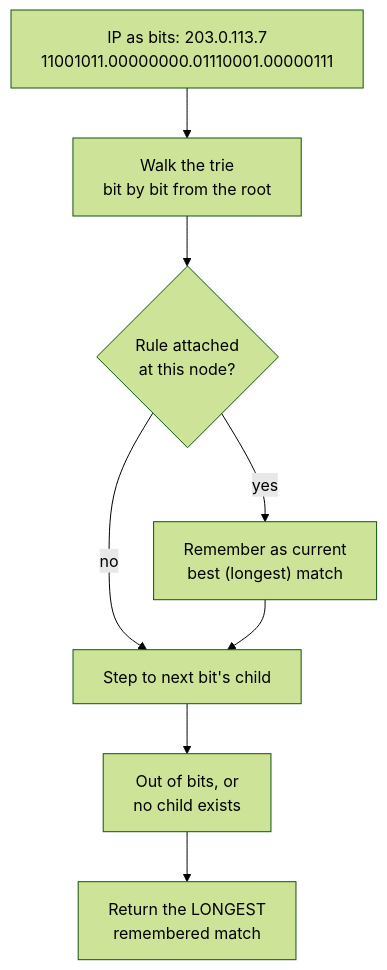
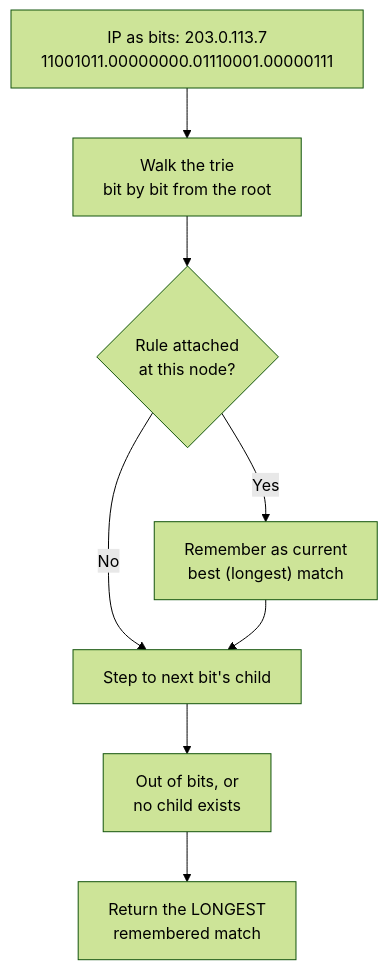
One commit to riyaz-pasha/Learnings changed the third of 14 diagrams in system-design/HLD/0-course/46-Design-an-IP-Allowlist-Blocklist-Service-FAANG-Guide-story.md. Above: the diagram before and after it, drawn with Mermaid (forest theme). The commit also changed other lines of this file and 1 other file, not shown here.

Commit message:
[REWRITE] IP Allowlist Blocklist Service story guide: simplify prose, add structure, fix diagrams

````diff
--- a/system-design/HLD/0-course/46-Design-an-IP-Allowlist-Blocklist-Service-FAANG-Guide-story.md
+++ b/system-design/HLD/0-course/46-Design-an-IP-Allowlist-Blocklist-Service-FAANG-Guide-story.md
@@ -74,10 +178,10 @@
 ```mermaid
 flowchart TD
-    A["IP as bits: 203.0.113.7\n11001011.00000000.01110001.00000111"] --> B["Walk the trie\nbit by bit from the root"]
-    B --> C{"Rule attached\nat this node?"}
-    C -->|"yes"| D["Remember as current\nbest (longest) match"]
-    C -->|"no"| E["Step to next bit's child"]
+    A["IP as bits: 203.0.113.7<br/>11001011.00000000.01110001.00000111"] --> B["Walk the trie<br/>bit by bit from the root"]
+    B --> C{"Rule attached<br/>at this node?"}
+    C -->|"Yes"| D["Remember as current<br/>best (longest) match"]
+    C -->|"No"| E["Step to next bit's child"]
     D --> E
-    E --> F["Out of bits, or\nno child exists"]
-    F --> G["Return the LONGEST\nremembered match"]
+    E --> F["Out of bits, or<br/>no child exists"]
+    F --> G["Return the LONGEST<br/>remembered match"]
 ```
````
